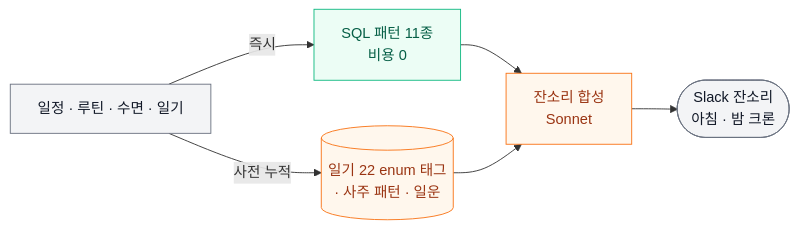
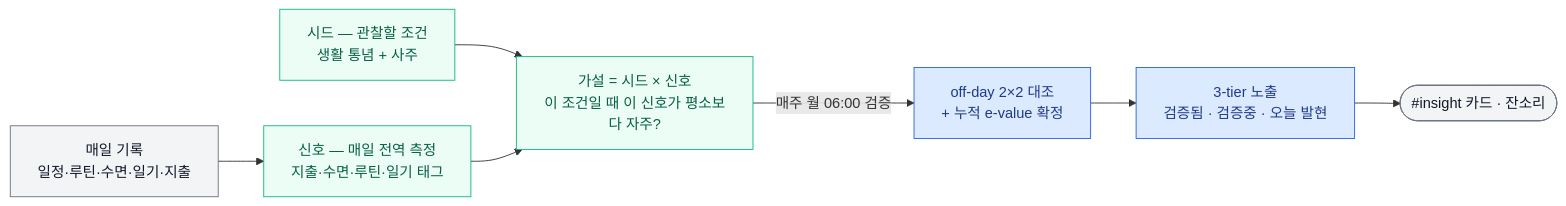
The diagram in README.md (hyewon3938/slack-ai-agents), drawn with Mermaid before and after one commit. The commit also changed other lines of this file and 2 other files, not shown here.

````diff
--- a/README.md
+++ b/README.md
@@ -27,15 +47,18 @@
 ```mermaid
-graph LR
-    D[일정 · 루틴 · 수면 · 일기] -->|즉시| P[SQL 패턴 11종<br/>비용 0]
-    D -->|사전 누적| L[(일기 22 enum 태그<br/>· 사주 패턴 · 일운)]
-    P --> SY[잔소리 합성<br/>Sonnet]
-    L --> SY
-    SY --> O([Slack 잔소리<br/>아침 · 밤 크론])
+flowchart LR
+  REC[매일 기록<br/>일정·루틴·수면·일기·지출]
+  SEED[시드 — 관찰할 조건<br/>생활 통념 + 사주]
+  REC --> SIG[신호 — 매일 전역 측정<br/>지출·수면·루틴·일기 태그]
+  SEED --> HYP[가설 = 시드 × 신호<br/>이 조건일 때 이 신호가 평소보다 자주?]
+  SIG --> HYP
+  HYP -->|매주 월 06:00 검증| VER[off-day 2×2 대조<br/>+ 누적 e-value 확정]
+  VER --> TIER[3-tier 노출<br/>검증됨 · 검증중 · 오늘 발현]
+  TIER --> OUT([#insight 카드 · 잔소리])
 
-    classDef io fill:#f3f4f6,stroke:#6b7280,color:#111827
-    classDef fast fill:#ecfdf5,stroke:#10b981,color:#065f46
-    classDef loop fill:#fff7ed,stroke:#f97316,color:#9a3412
-    class D,O io
-    class P fast
-    class L,SY loop
+  classDef io fill:#f3f4f6,stroke:#6b7280,color:#111827
+  classDef stat fill:#dbeafe,stroke:#2563eb,color:#1e3a8a
+  classDef store fill:#ecfdf5,stroke:#10b981,color:#065f46
+  class REC,OUT io
+  class VER,TIER stat
+  class SEED,SIG,HYP store
 ```
````
